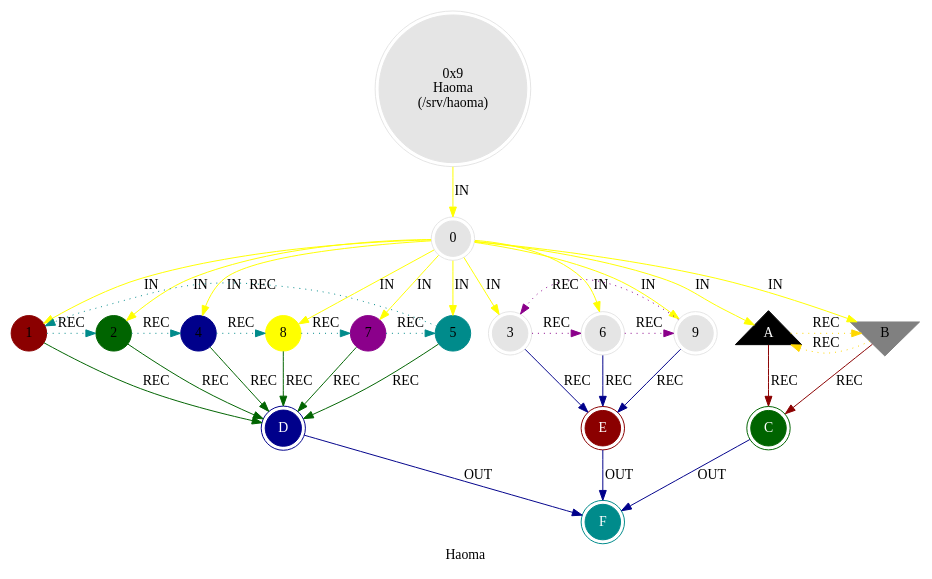
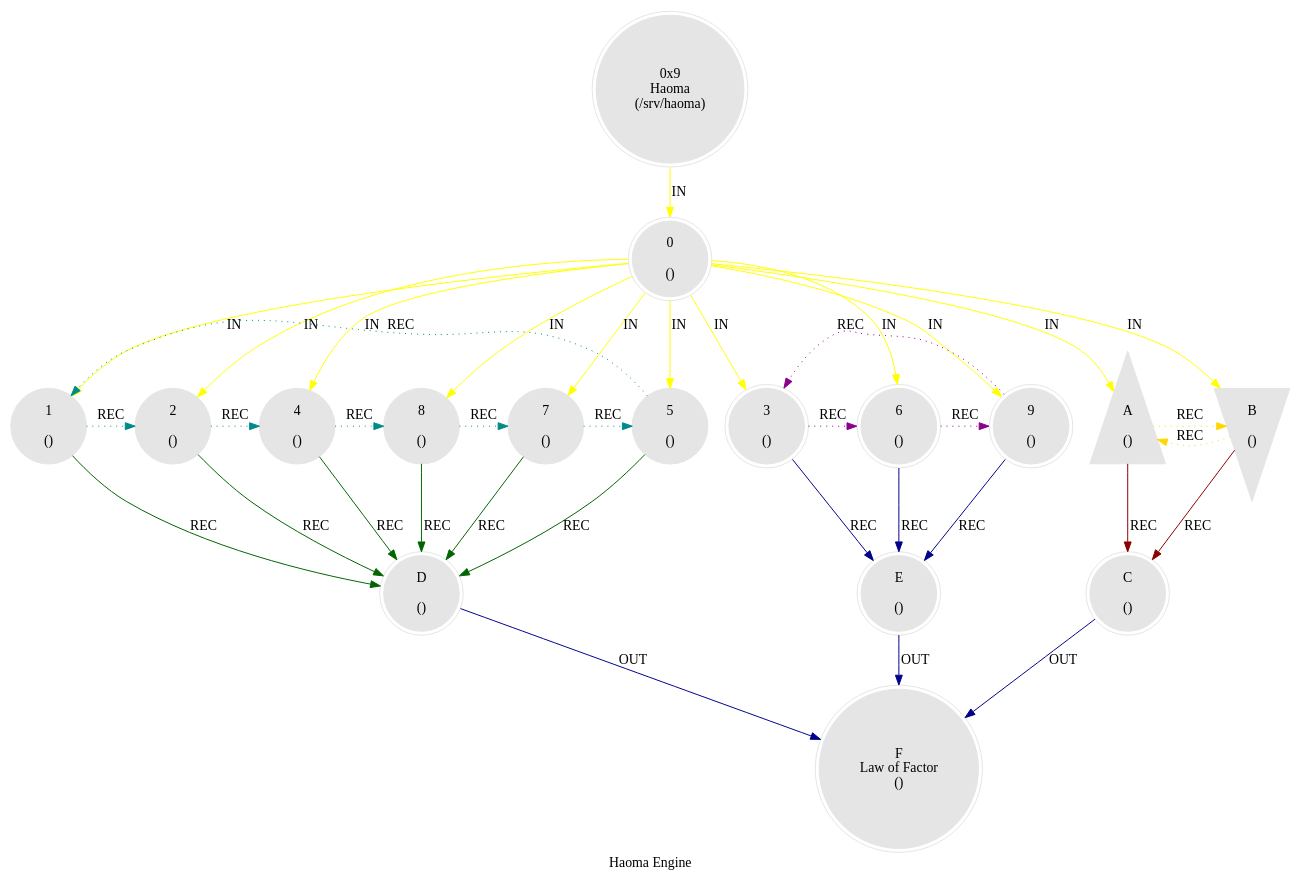
Before and after one commit to cilang/mythos: the diagram in src/core/mythos_sys_haoma.dot, drawn with Graphviz. The commit also changed 17 other files, not shown here.

```diff
--- a/src/core/mythos_sys_haoma.dot
+++ b/src/core/mythos_sys_haoma.dot
@@ -1,44 +1,44 @@
 digraph G {
-    label = "Haoma";
+    label = "Haoma Engine";
     style = filled;
     color = red;
     comment = "";
     node [shape = polygon; sides = 6; style = filled; color = grey90;];
     
     spark_9_mythos_t [label = "0x9\nHaoma\n(/srv/haoma)";shape = doublecircle;];
     
     // The Sacred 3-6-9 (Boundary of Perception).
     // "If you knew the magnificence of 3, 6, and 9, you would have a key to the universe." — Tesla.
     // The 1-2-4-8-7-5 Vortex (Boundary of Comprehension).
-    spark_0_haoma_t [label = "0";shape = doublecircle;comment = "";];
-    spark_1_haoma_t [label = "1";shape = circle;color = darkred;comment = "";];
-    spark_2_haoma_t [label = "2";shape = circle;color = darkgreen;comment = "";];
-    spark_4_haoma_t [label = "4";shape = circle;color = darkblue;comment = "";];
-    spark_8_haoma_t [label = "8";shape = circle;color = yellow;comment = "";];
-    spark_7_haoma_t [label = "7";shape = circle;color = darkmagenta;comment = "";];
-    spark_5_haoma_t [label = "5";shape = circle;color = darkcyan;comment = "";];
-    spark_3_haoma_t [label = "3";shape = doublecircle;comment = "";];
-    spark_6_haoma_t [label = "6";shape = doublecircle;comment = "";];
-    spark_9_haoma_t [label = "9";shape = doublecircle;comment = "";];
-    spark_a_haoma_t [label = "A";shape = triangle;color = black;fontcolor = white;comment = "";];
-    spark_b_haoma_t [label = "B";shape = invtriangle;color = grey;comment = "";];
-    spark_c_haoma_t [label = "C";shape = doublecircle;color = darkgreen;style = filled;fontcolor = white;];
-    spark_d_haoma_t [label = "D";shape = doublecircle;color = darkblue;style = filled;fontcolor = white;];
-    spark_e_haoma_t [label = "E";shape = doublecircle;color = darkred;style = filled;fontcolor = white;];
-    spark_f_haoma_t [label = "F";shape = doublecircle;color = darkcyan;style = filled;fontcolor = white;];
+    spark_0_haoma_t [label = "0\n\n()";shape = doublecircle;comment = "";];
+    spark_1_haoma_t [label = "1\n\n()";shape = circle;comment = "";];
+    spark_2_haoma_t [label = "2\n\n()";shape = circle;comment = "";];
+    spark_4_haoma_t [label = "4\n\n()";shape = circle;comment = "";];
+    spark_8_haoma_t [label = "8\n\n()";shape = circle;comment = "";];
+    spark_7_haoma_t [label = "7\n\n()";shape = circle;comment = "";];
+    spark_5_haoma_t [label = "5\n\n()";shape = circle;comment = "";];
+    spark_3_haoma_t [label = "3\n\n()";shape = doublecircle;comment = "";];
+    spark_6_haoma_t [label = "6\n\n()";shape = doublecircle;comment = "";];
+    spark_9_haoma_t [label = "9\n\n()";shape = doublecircle;comment = "";];
+    spark_a_haoma_t [label = "A\n\n()";shape = triangle;comment = "";];
+    spark_b_haoma_t [label = "B\n\n()";shape = invtriangle;comment = "";];
+    spark_c_haoma_t [label = "C\n\n()";shape = doublecircle;];
+    spark_d_haoma_t [label = "D\n\n()";shape = doublecircle;];
+    spark_e_haoma_t [label = "E\n\n()";shape = doublecircle;];
+    spark_f_haoma_t [label = "F\nLaw of Factor\n()";shape = doublecircle;];
     
     // IN = Input
     // OUT = Output
     // REC = Recursion
     spark_9_mythos_t -> spark_0_haoma_t -> {spark_a_haoma_t spark_b_haoma_t spark_1_haoma_t spark_2_haoma_t spark_3_haoma_t spark_4_haoma_t spark_5_haoma_t spark_6_haoma_t spark_7_haoma_t spark_8_haoma_t spark_9_haoma_t} [label = "IN"; color = yellow; comment = "";];
     
     {spark_a_haoma_t spark_b_haoma_t} -> spark_c_haoma_t [label = "REC"; color = darkred; comment = "";];
     {spark_1_haoma_t spark_2_haoma_t spark_4_haoma_t spark_8_haoma_t spark_7_haoma_t spark_5_haoma_t} -> spark_d_haoma_t [label = "REC"; color = darkgreen; comment = "";];
     {spark_3_haoma_t spark_6_haoma_t spark_9_haoma_t} -> spark_e_haoma_t [label = "REC"; color = darkblue; comment = "";];
     
     spark_1_haoma_t -> spark_2_haoma_t -> spark_4_haoma_t -> spark_8_haoma_t -> spark_7_haoma_t -> spark_5_haoma_t -> spark_1_haoma_t [label = "REC"; color = darkcyan; comment = ""; style = dotted; constraint = false;];
     spark_3_haoma_t -> spark_6_haoma_t -> spark_9_haoma_t -> spark_3_haoma_t [label = "REC"; color = darkmagenta; comment = ""; style = dotted; constraint = false;];
     spark_a_haoma_t -> spark_b_haoma_t -> spark_a_haoma_t [label = "REC"; color = gold; comment = ""; style = dotted; constraint = false;];
     
     {spark_c_haoma_t spark_d_haoma_t spark_e_haoma_t} -> spark_f_haoma_t [label = "OUT"; color = darkblue; comment = "";];
 }
```
